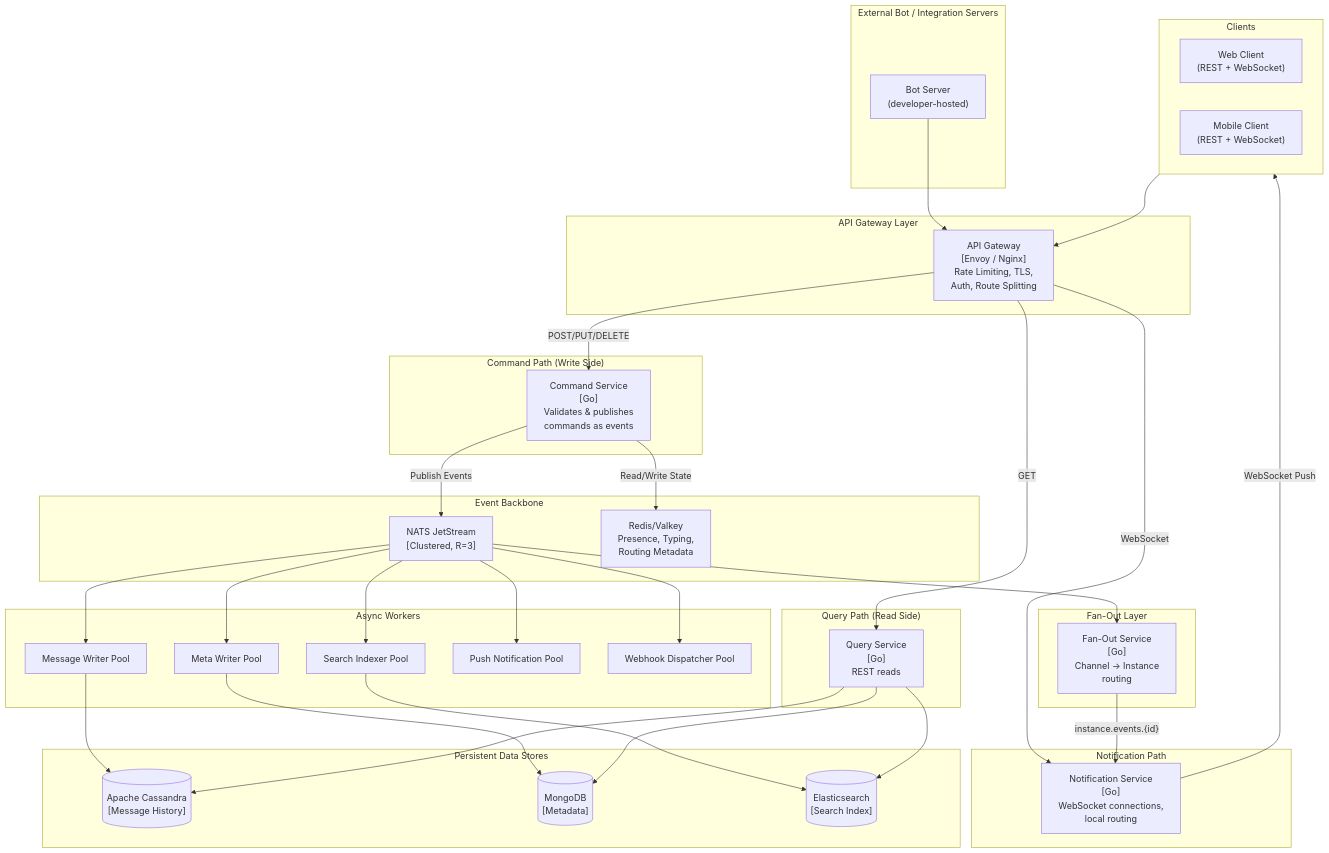
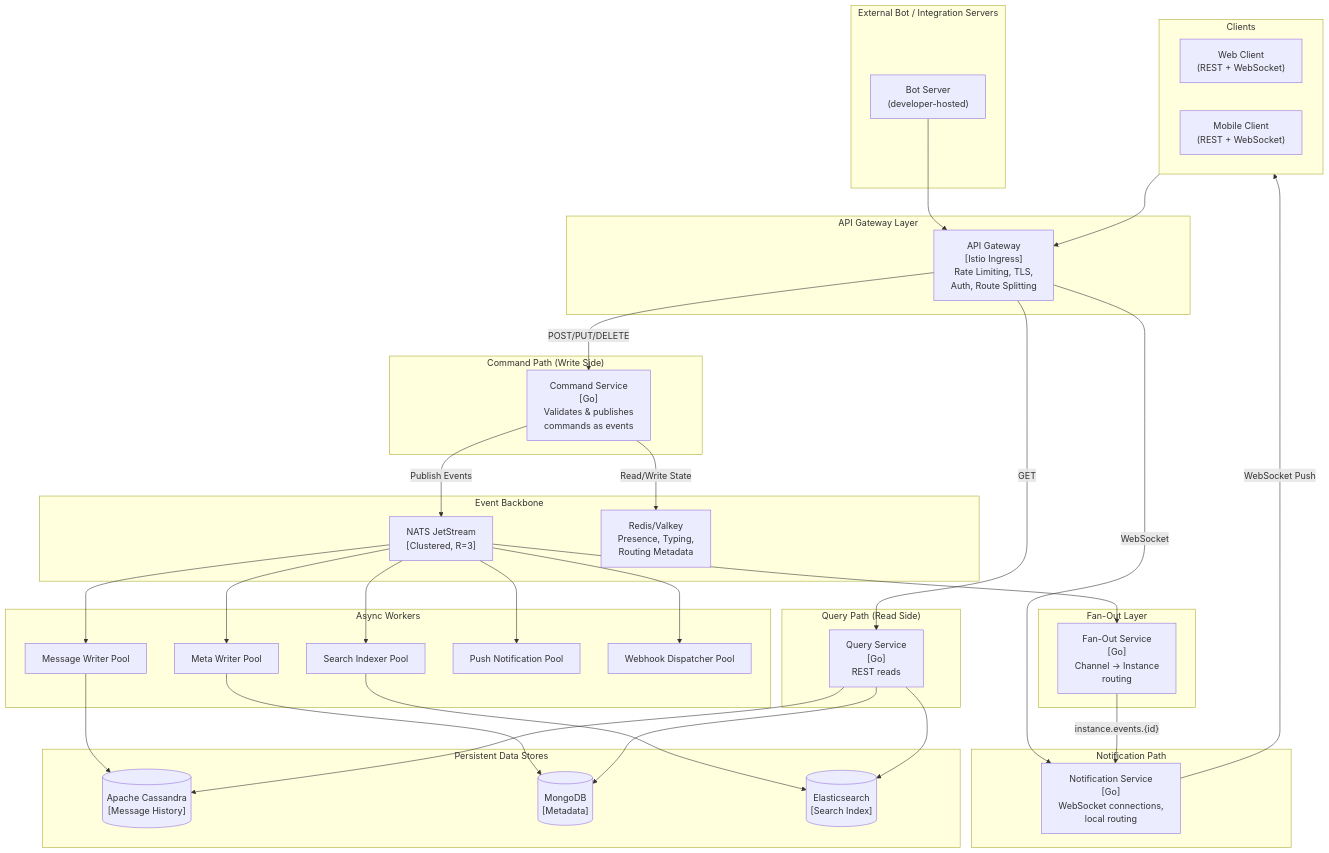
Before and after one commit to julianshen/chatconcept: the diagram in docs/overview.md, drawn with Mermaid. The commit also changed other lines of this file and 1 other file, not shown here.

Commit message:
docs: replace Nginx with Istio for API Gateway
Update API Gateway technology stack:
- detailed-design.md: Envoy Proxy (Istio Ingress Gateway)
- overview.md: Istio Ingress Gateway in architecture diagram and component table

````diff
--- a/docs/overview.md
+++ b/docs/overview.md
@@ -164,78 +164,78 @@
 ```mermaid
 graph TB
     subgraph Clients["Clients"]
         WebClient["Web Client<br/>(REST + WebSocket)"]
         MobileClient["Mobile Client<br/>(REST + WebSocket)"]
     end
 
     subgraph ExternalBots["External Bot / Integration Servers"]
         BotServer["Bot Server<br/>(developer-hosted)"]
     end
 
     subgraph Gateway["API Gateway Layer"]
-        GW["API Gateway<br/>[Envoy / Nginx]<br/>Rate Limiting, TLS,<br/>Auth, Route Splitting"]
+        GW["API Gateway<br/>[Istio Ingress]<br/>Rate Limiting, TLS,<br/>Auth, Route Splitting"]
     end
 
     subgraph CommandPath["Command Path (Write Side)"]
         CmdSvc["Command Service<br/>[Go]<br/>Validates & publishes<br/>commands as events"]
     end
 
     subgraph EventBus["Event Backbone"]
         NATS["NATS JetStream<br/>[Clustered, R=3]"]
         Redis["Redis/Valkey<br/>Presence, Typing,<br/>Routing Metadata"]
     end
 
     subgraph FanOut["Fan-Out Layer"]
         FanOutSvc["Fan-Out Service<br/>[Go]<br/>Channel → Instance<br/>routing"]
     end
 
     subgraph Workers["Async Workers"]
         MsgWriter["Message Writer Pool"]
         MetaWriter["Meta Writer Pool"]
         SearchIndexer["Search Indexer Pool"]
         PushWorker["Push Notification Pool"]
         WebhookWorker["Webhook Dispatcher Pool"]
     end
 
     subgraph QueryPath["Query Path (Read Side)"]
         QuerySvc["Query Service<br/>[Go]<br/>REST reads"]
     end
 
     subgraph NotificationPath["Notification Path"]
         NotifSvc["Notification Service<br/>[Go]<br/>WebSocket connections,<br/>local routing"]
     end
 
     subgraph DataStores["Persistent Data Stores"]
         Cassandra[("Apache Cassandra<br/>[Message History]")]
         MongoDB[("MongoDB<br/>[Metadata]")]
         Elastic[("Elasticsearch<br/>[Search Index]")]
     end
 
     Clients --> GW
     BotServer --> GW
     GW -->|"POST/PUT/DELETE"| CmdSvc
     GW -->|"GET"| QuerySvc
     GW -->|"WebSocket"| NotifSvc
 
     CmdSvc -->|"Publish Events"| NATS
     CmdSvc -->|"Read/Write State"| Redis
 
     NATS --> FanOutSvc
     NATS --> MsgWriter
     NATS --> MetaWriter
     NATS --> SearchIndexer
     NATS --> PushWorker
     NATS --> WebhookWorker
 
     FanOutSvc -->|"instance.events.{id}"| NotifSvc
 
     MsgWriter --> Cassandra
     MetaWriter --> MongoDB
     SearchIndexer --> Elastic
 
     QuerySvc --> Cassandra
     QuerySvc --> MongoDB
     QuerySvc --> Elastic
 
     NotifSvc -->|"WebSocket Push"| Clients
 ```
````
